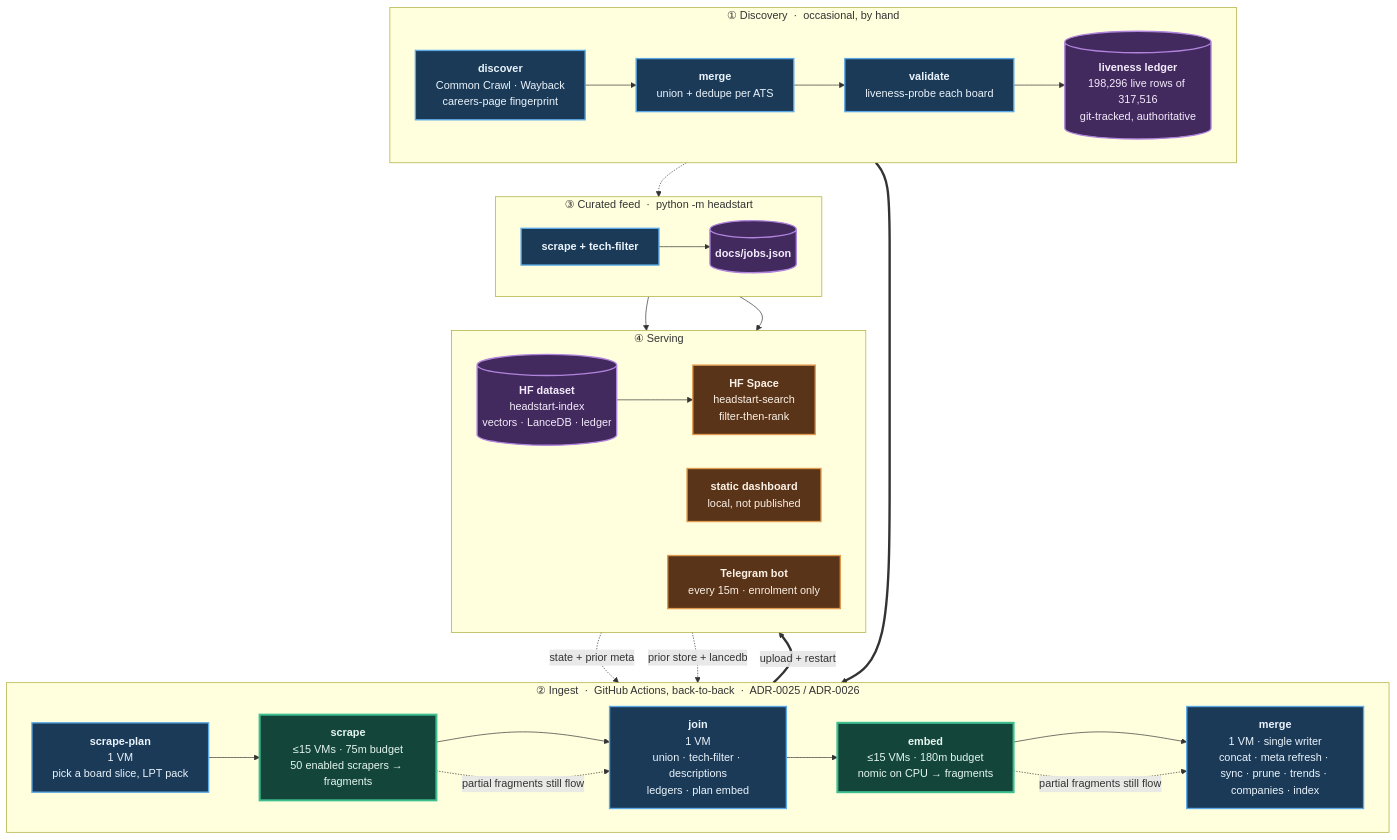
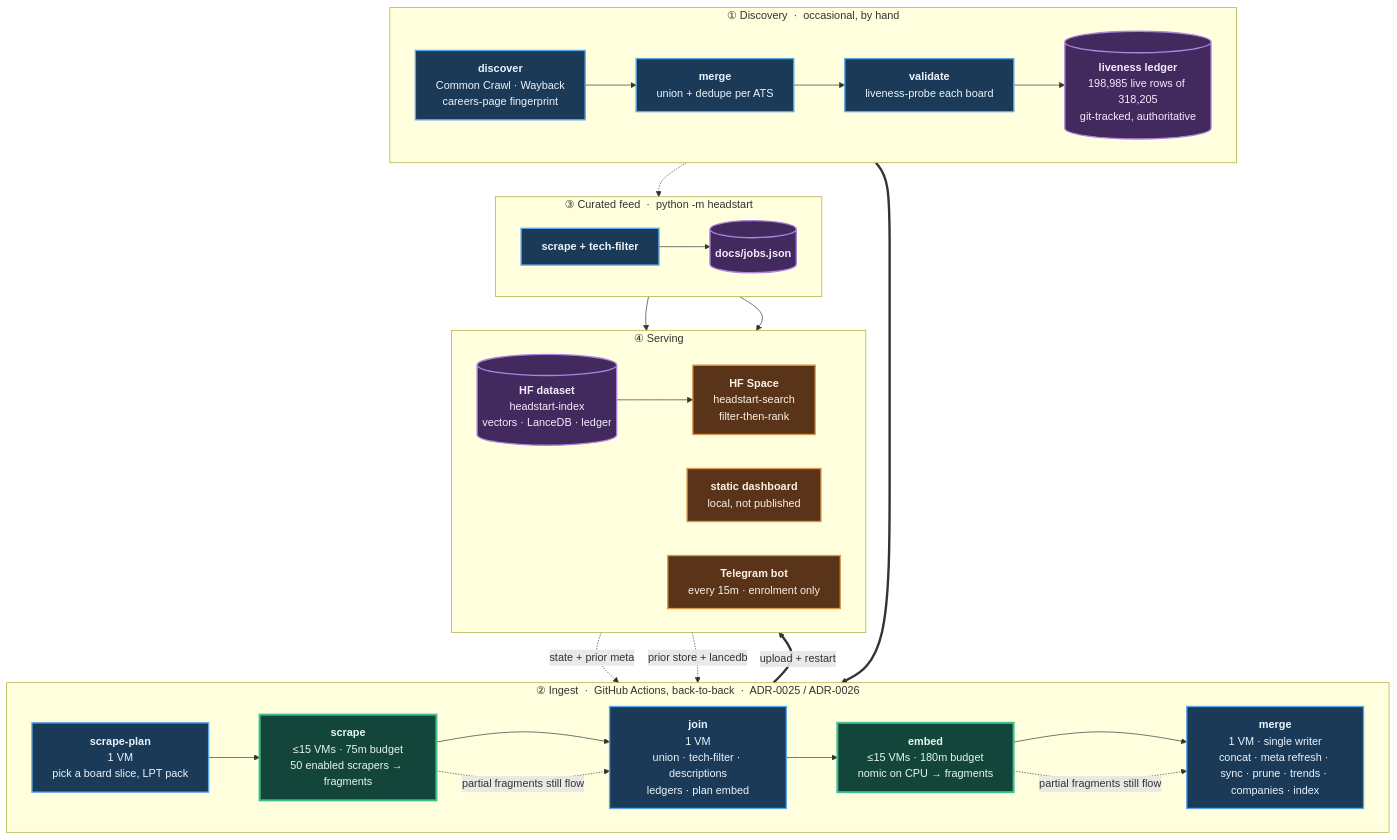
The diagram in README.md (sarthakjain004/headstart), drawn with Mermaid before and after one commit. The commit also changed other lines of this file and 1 other file, not shown here.

````diff
--- a/README.md
+++ b/README.md
@@ -185,56 +185,56 @@
 ```mermaid
 flowchart TB
     subgraph D["① Discovery &nbsp;·&nbsp; occasional, by hand"]
         direction LR
         D1["<b>discover</b><br/>Common Crawl · Wayback<br/>careers-page fingerprint"]
         D2["<b>merge</b><br/>union + dedupe per ATS"]
         D3["<b>validate</b><br/>liveness-probe each board"]
-        D4[("<b>liveness ledger</b><br/>198,296 live rows of 317,516<br/>git-tracked, authoritative")]
+        D4[("<b>liveness ledger</b><br/>198,985 live rows of 318,205<br/>git-tracked, authoritative")]
         D1 --> D2 --> D3 --> D4
     end
 
     subgraph P["② Ingest &nbsp;·&nbsp; GitHub Actions, back-to-back &nbsp;·&nbsp; ADR-0025 / ADR-0026"]
         direction LR
         P1["<b>scrape-plan</b><br/>1 VM<br/>pick a board slice, LPT pack"]
         P2["<b>scrape</b><br/>≤15 VMs · 75m budget<br/>50 enabled scrapers → fragments"]
         P3["<b>join</b><br/>1 VM<br/>union · tech-filter · descriptions<br/>ledgers · plan embed"]
         P4["<b>embed</b><br/>≤15 VMs · 180m budget<br/>nomic on CPU → fragments"]
         P5["<b>merge</b><br/>1 VM · single writer<br/>concat · meta refresh · sync · prune · trends · companies · index"]
         P1 --> P2 --> P3 --> P4 --> P5
     end
 
     subgraph F["③ Curated feed &nbsp;·&nbsp; python -m headstart"]
         direction LR
         F1["<b>scrape + tech-filter</b>"]
         F2[("<b>docs/jobs.json</b>")]
         F1 --> F2
     end
 
     subgraph S["④ Serving"]
         direction LR
         S1[("<b>HF dataset</b><br/>headstart-index<br/>vectors · LanceDB · ledger")]
         S2["<b>HF Space</b><br/>headstart-search<br/>filter-then-rank"]
         S3["<b>static dashboard</b><br/>local, not published"]
         S4["<b>Telegram bot</b><br/>every 15m · enrolment only"]
         S1 --> S2
     end
 
     D4 ==> P1
     S1 -. "state + prior meta" .-> P1
     S1 -. "prior store + lancedb" .-> P5
     D4 -.-> F1
     P5 ==>|"upload + restart"| S1
     F2 --> S3
     F2 --> S4
     P2 -. "partial fragments still flow" .-> P3
     P4 -. "partial fragments still flow" .-> P5
 
     classDef serial fill:#1b3a57,stroke:#5aa9e6,stroke-width:2px,color:#eaf4fc
     classDef fan fill:#14453a,stroke:#3fbf8f,stroke-width:3px,color:#e4f7f0
     classDef store fill:#42295e,stroke:#b184dd,stroke-width:2px,color:#f4ecfc
     classDef serve fill:#5a3418,stroke:#e09a4f,stroke-width:2px,color:#fbf1e6
     class D1,D2,D3,P1,P3,P5,F1 serial
     class P2,P4 fan
     class D4,F2,S1 store
     class S2,S3,S4 serve
 ```
````
